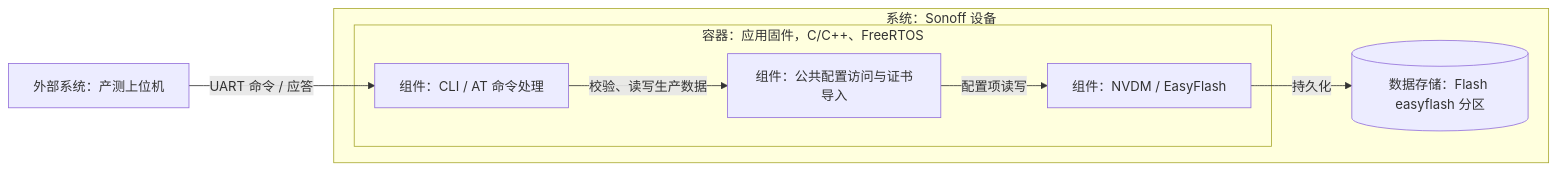
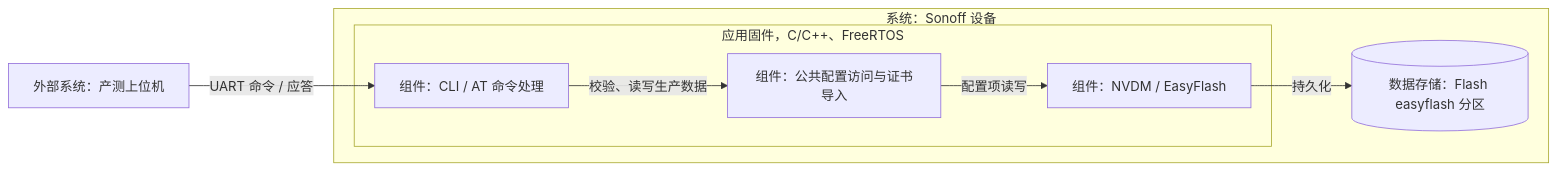
Before and after one commit to dragonxiaoex/bk7239: the first of 2 diagrams in docs/factory_at_commands.md, drawn with Mermaid. The commit also changed other lines of this file and 16 other files, not shown here.

````diff
--- a/docs/factory_at_commands.md
+++ b/docs/factory_at_commands.md
@@ -13,16 +13,16 @@
 ```mermaid
 flowchart LR
     host["外部系统：产测上位机"]
     subgraph device ["系统：Sonoff 设备"]
-        subgraph firmware ["容器：应用固件，C/C++、FreeRTOS"]
+        subgraph firmware ["应用固件，C/C++、FreeRTOS"]
             cli["组件：CLI / AT 命令处理"]
             config["组件：公共配置访问与证书导入"]
             nvdm["组件：NVDM / EasyFlash"]
         end
         flash[("数据存储：Flash easyflash 分区")]
     end
     host -->|"UART 命令 / 应答"| cli
     cli -->|"校验、读写生产数据"| config
     config -->|"配置项读写"| nvdm
     nvdm -->|"持久化"| flash
 ```
````
